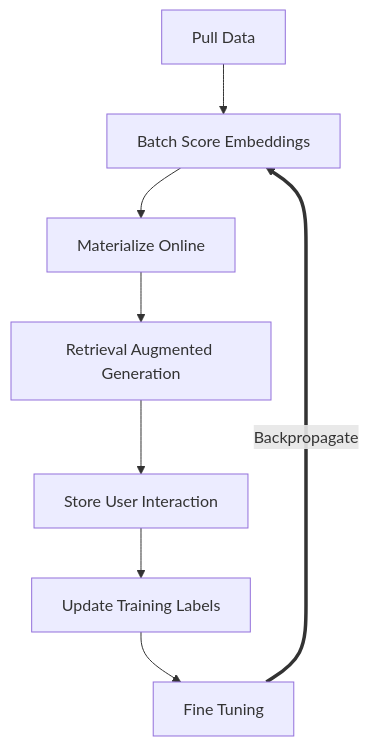
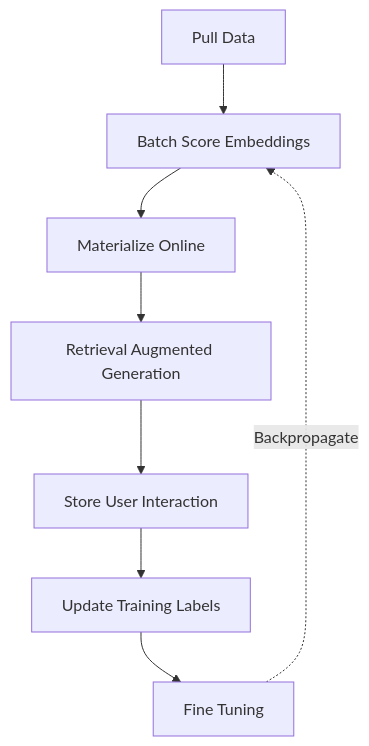
The diagram in demos/feast-rag/README.md (franciscojavierarceo/Python), drawn with Mermaid before and after one commit.

````diff
--- a/demos/feast-rag/README.md
+++ b/demos/feast-rag/README.md
@@ -30,10 +30,10 @@
 ```mermaid
 flowchart TD;
     A[Pull Data] --> B[Batch Score Embeddings];
     B[Batch Score Embeddings] --> C[Materialize Online];
     C[Materialize Online] --> D[Retrieval Augmented Generation];
     D[Retrieval Augmented Generation] --> E[Store User Interaction];
     E[Store User Interaction] --> F[Update Training Labels];
     F[Update Training Labels] --> H[Fine Tuning];
-    H[Fine Tuning] == Backpropagate ==> B[Batch Score Embeddings];
+    H[Fine Tuning] -. Backpropagate .-> B[Batch Score Embeddings];
 ```
````
